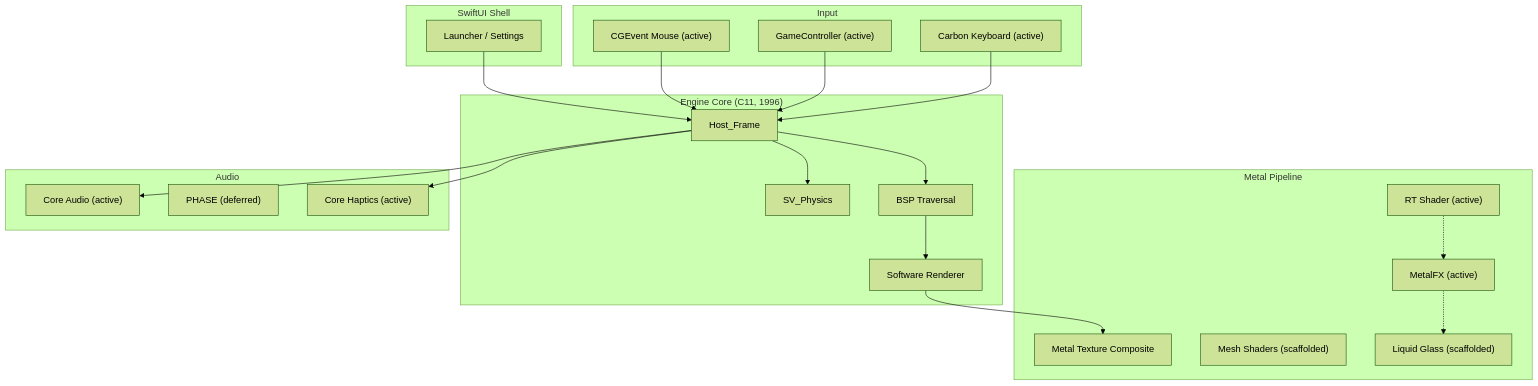
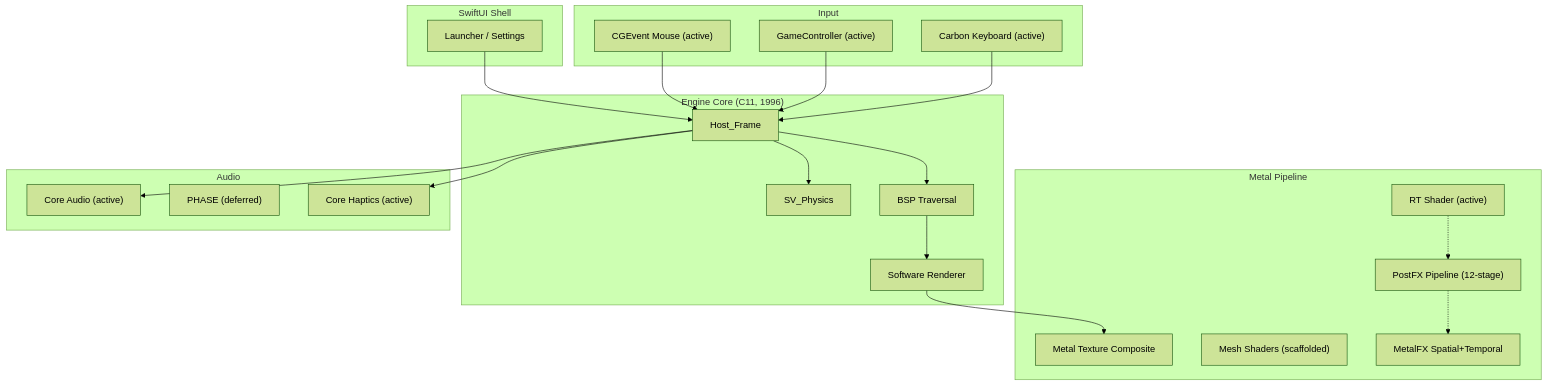
One commit to mstits/Metal-Quake changed the diagram in README.md. Above: the diagram before and after it, drawn with Mermaid (forest theme). The commit also changed other lines of this file and 36 other files, not shown here.

````diff
--- a/README.md
+++ b/README.md
@@ -74,40 +74,40 @@
 ```mermaid
 graph TB
     subgraph "SwiftUI Shell"
         Launcher["Launcher / Settings"]
     end
 
     subgraph "Engine Core (C11, 1996)"
         GameLoop["Host_Frame"]
         Physics["SV_Physics"]
         BSP["BSP Traversal"]
         SoftRender["Software Renderer"]
     end
 
     subgraph "Metal Pipeline"
         Composite["Metal Texture Composite"]
         RT["RT Shader (active)"]
+        PostFX["PostFX Pipeline (12-stage)"]
         MeshShader["Mesh Shaders (scaffolded)"]
-        MetalFX["MetalFX (active)"]
-        Glass["Liquid Glass (scaffolded)"]
+        MetalFX["MetalFX Spatial+Temporal"]
     end
 
     subgraph "Audio"
         CoreAudio["Core Audio (active)"]
         PHASE["PHASE (deferred)"]
         Haptics["Core Haptics (active)"]
     end
 
     subgraph "Input"
         Mouse["CGEvent Mouse (active)"]
         Controller["GameController (active)"]
         Keys["Carbon Keyboard (active)"]
     end
 
     Launcher --> GameLoop
     GameLoop --> Physics & BSP
     BSP --> SoftRender --> Composite
-    RT -.-> MetalFX -.-> Glass
+    RT -.-> PostFX -.-> MetalFX
     GameLoop --> CoreAudio & Haptics
     Mouse & Controller & Keys --> GameLoop
 ```
````
